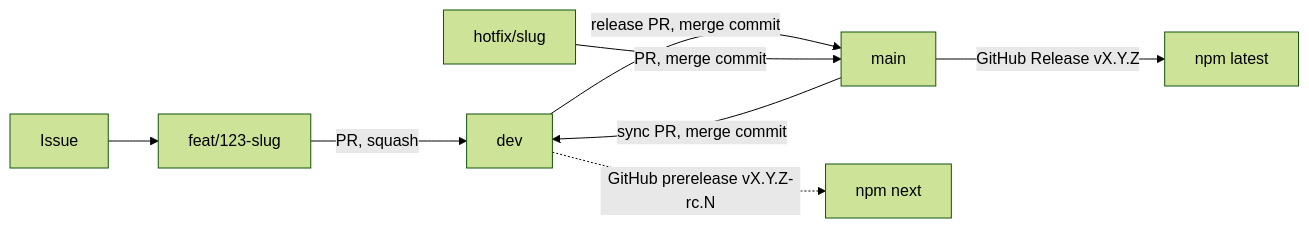
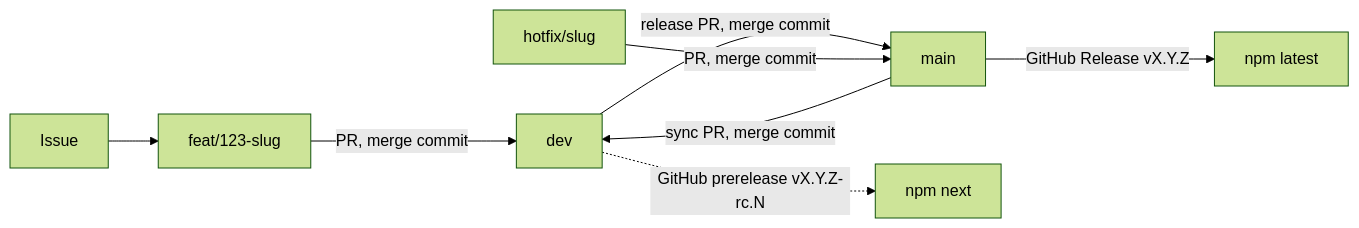
One commit to klarkxy/ds-dot changed the diagram in CONTRIBUTING.md. Above: the diagram before and after it, drawn with Mermaid (forest theme). The commit also changed other lines of this file and 4 other files, not shown here.

````diff
--- a/CONTRIBUTING.md
+++ b/CONTRIBUTING.md
@@ -25,10 +25,10 @@
 ```mermaid
 flowchart LR
   I["Issue"] --> F["feat/123-slug"]
-  F -->|"PR, squash"| D["dev"]
+  F -->|"PR, merge commit"| D["dev"]
   D -->|"release PR, merge commit"| M["main"]
   M -->|"GitHub Release vX.Y.Z"| N["npm latest"]
   D -.->|"GitHub prerelease vX.Y.Z-rc.N"| R["npm next"]
   H["hotfix/slug"] -->|"PR, merge commit"| M
   M -->|"sync PR, merge commit"| D
 ```
````
